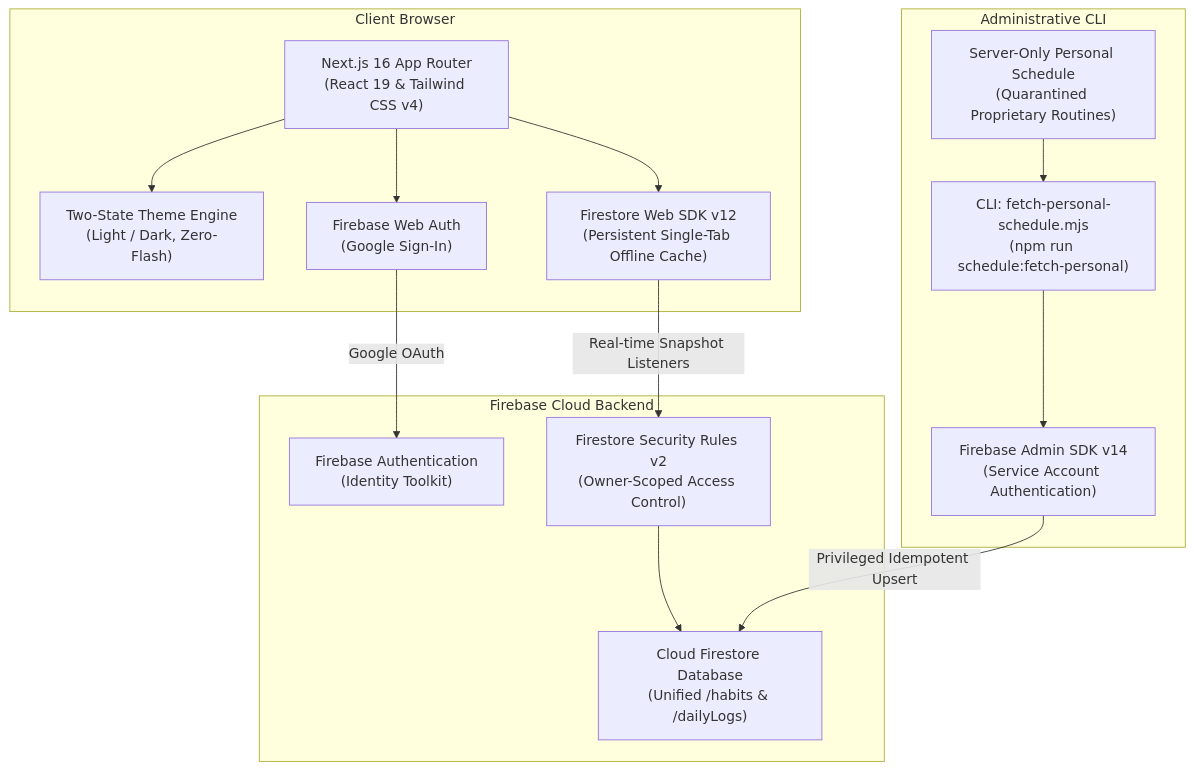
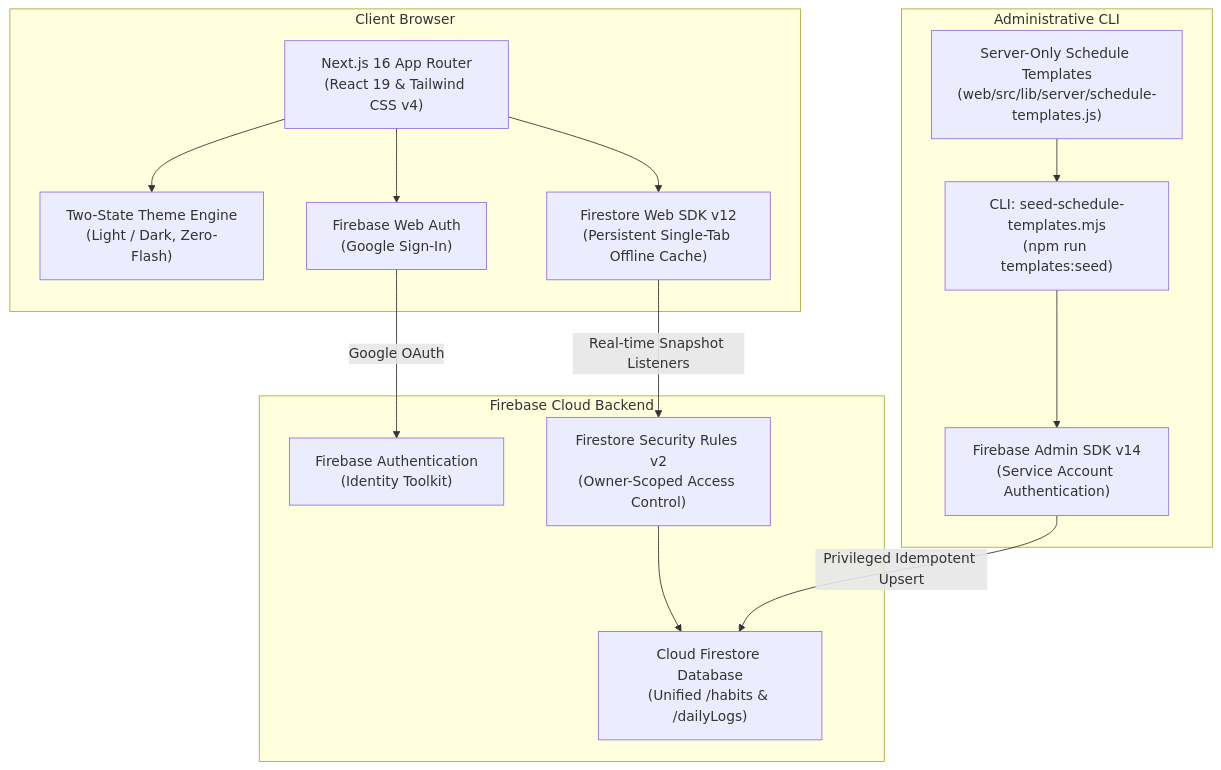
One commit to manishborikar92/Regimen changed the diagram in docs/architecture.md. Above: the diagram before and after it, drawn with Mermaid. The commit also changed other lines of this file and 23 other files, not shown here.

First line of the commit message:
refactor(schedule-architecture): Consolidate schedule templates and establish backup/restore infrastructure

````diff
--- a/docs/architecture.md
+++ b/docs/architecture.md
@@ -15,33 +15,33 @@
 ```mermaid
 flowchart TD
     subgraph Client Browser
         NextApp["Next.js 16 App Router<br/>(React 19 & Tailwind CSS v4)"]
         ThemeStore["Two-State Theme Engine<br/>(Light / Dark, Zero-Flash)"]
         ClientAuth["Firebase Web Auth<br/>(Google Sign-In)"]
         FirestoreClient["Firestore Web SDK v12<br/>(Persistent Single-Tab Offline Cache)"]
     end
 
     subgraph Firebase Cloud Backend
         FirebaseAuth["Firebase Authentication<br/>(Identity Toolkit)"]
         FirestoreDB["Cloud Firestore Database<br/>(Unified /habits & /dailyLogs)"]
         SecurityRules["Firestore Security Rules v2<br/>(Owner-Scoped Access Control)"]
     end
 
     subgraph Administrative CLI
-        AdminScript["CLI: fetch-personal-schedule.mjs<br/>(npm run schedule:fetch-personal)"]
+        AdminScript["CLI: seed-schedule-templates.mjs<br/>(npm run templates:seed)"]
         AdminSDK["Firebase Admin SDK v14<br/>(Service Account Authentication)"]
-        ServerSchedule["Server-Only Personal Schedule<br/>(Quarantined Proprietary Routines)"]
+        ServerSchedule["Server-Only Schedule Templates<br/>(web/src/lib/server/schedule-templates.js)"]
     end
 
     NextApp --> ThemeStore
     NextApp --> ClientAuth
     NextApp --> FirestoreClient
 
     ClientAuth -->|Google OAuth| FirebaseAuth
     FirestoreClient -->|Real-time Snapshot Listeners| SecurityRules
     SecurityRules --> FirestoreDB
 
     AdminScript --> AdminSDK
     ServerSchedule --> AdminScript
     AdminSDK -->|Privileged Idempotent Upsert| FirestoreDB
 ```
````
